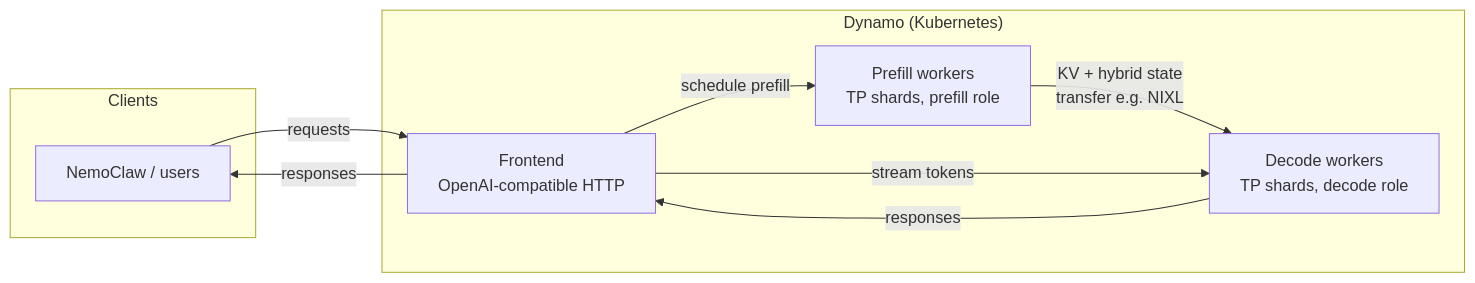
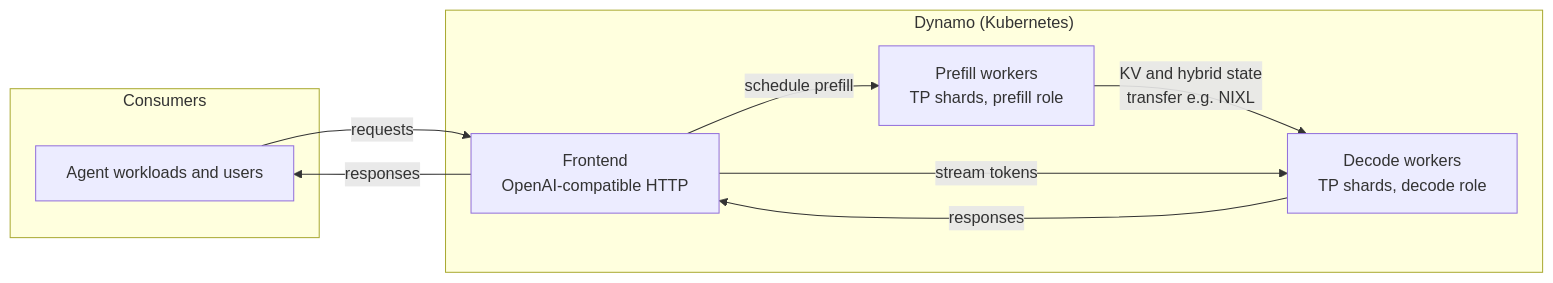
Before and after one commit to NVIDIA/nim-deploy: the sixth of 6 diagrams in cloud-service-providers/azure/workshops/aks-nemoclaw/README.md, drawn with Mermaid. The commit also changed other lines of this file, not shown here.

````diff
--- a/cloud-service-providers/azure/workshops/aks-nemoclaw/README.md
+++ b/cloud-service-providers/azure/workshops/aks-nemoclaw/README.md
@@ -21,17 +154,17 @@
 ```mermaid
 flowchart LR
-  subgraph Clients
-    NC[NemoClaw / users]
+  subgraph Consumers
+    CL[Agent workloads and users]
   end
-  subgraph Dynamo["Dynamo (Kubernetes)"]
+  subgraph Dyn["Dynamo (Kubernetes)"]
     FE[Frontend\nOpenAI-compatible HTTP]
     PF[Prefill workers\nTP shards, prefill role]
     DC[Decode workers\nTP shards, decode role]
   end
-  NC -->|requests| FE
+  CL -->|requests| FE
   FE -->|schedule prefill| PF
-  PF -->|KV + hybrid state\ntransfer e.g. NIXL| DC
+  PF -->|KV and hybrid state\ntransfer e.g. NIXL| DC
   FE -->|stream tokens| DC
   DC -->|responses| FE
-  FE -->|responses| NC
+  FE -->|responses| CL
 ```
````
